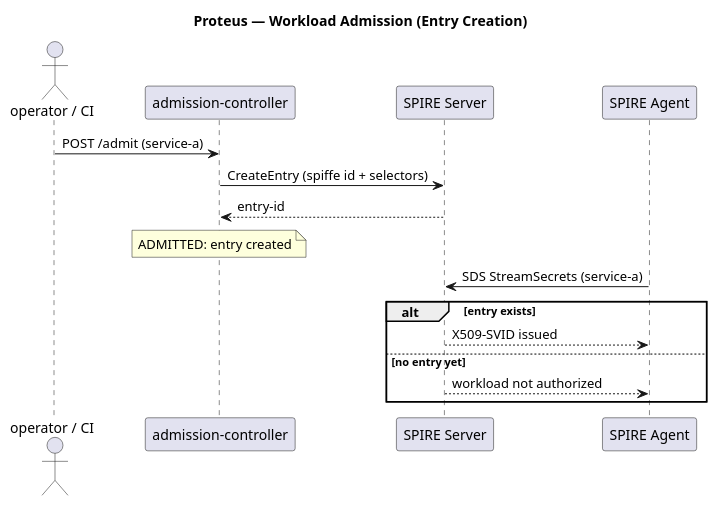
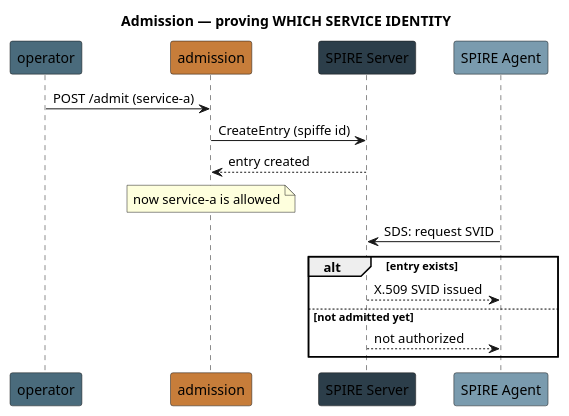
The diagram in public/blog/2026-08-31-spiffe-on-ecs-with-envoy/proteus-admission-seq.puml (kiquetal/kiquetal.github.io), drawn with PlantUML before and after one commit.

Commit message:
Refine admission sequence diagram: update title, clarify service identity, and improve participant labels

```diff
--- a/public/blog/2026-08-31-spiffe-on-ecs-with-envoy/proteus-admission-seq.puml
+++ b/public/blog/2026-08-31-spiffe-on-ecs-with-envoy/proteus-admission-seq.puml
@@ -1,20 +1,20 @@
 @startuml
-title Proteus — Workload Admission (Entry Creation)
+title Admission — proving WHICH SERVICE IDENTITY
 
-actor "operator / CI" as op
-participant "admission-controller" as ac
-participant "SPIRE Server" as server
-participant "SPIRE Agent" as agent
+participant "operator" as op #4A6B7C
+participant "admission" as ac #C77D3A
+participant "SPIRE Server" as server #2C3E4A
+participant "SPIRE Agent" as agent #7A9BAE
 
 op -> ac : POST /admit (service-a)
-ac -> server : CreateEntry (spiffe id + selectors)
-server --> ac : entry-id
-note over ac : ADMITTED: entry created
+ac -> server : CreateEntry (spiffe id)
+server --> ac : entry created
+note over ac : now service-a is allowed
 
-agent -> server : SDS StreamSecrets (service-a)
+agent -> server : SDS: request SVID
 alt entry exists
-    server --> agent : X509-SVID issued
-else no entry yet
-    server --> agent : workload not authorized
+    server --> agent : X.509 SVID issued
+else not admitted yet
+    server --> agent : not authorized
 end
 @enduml
```
